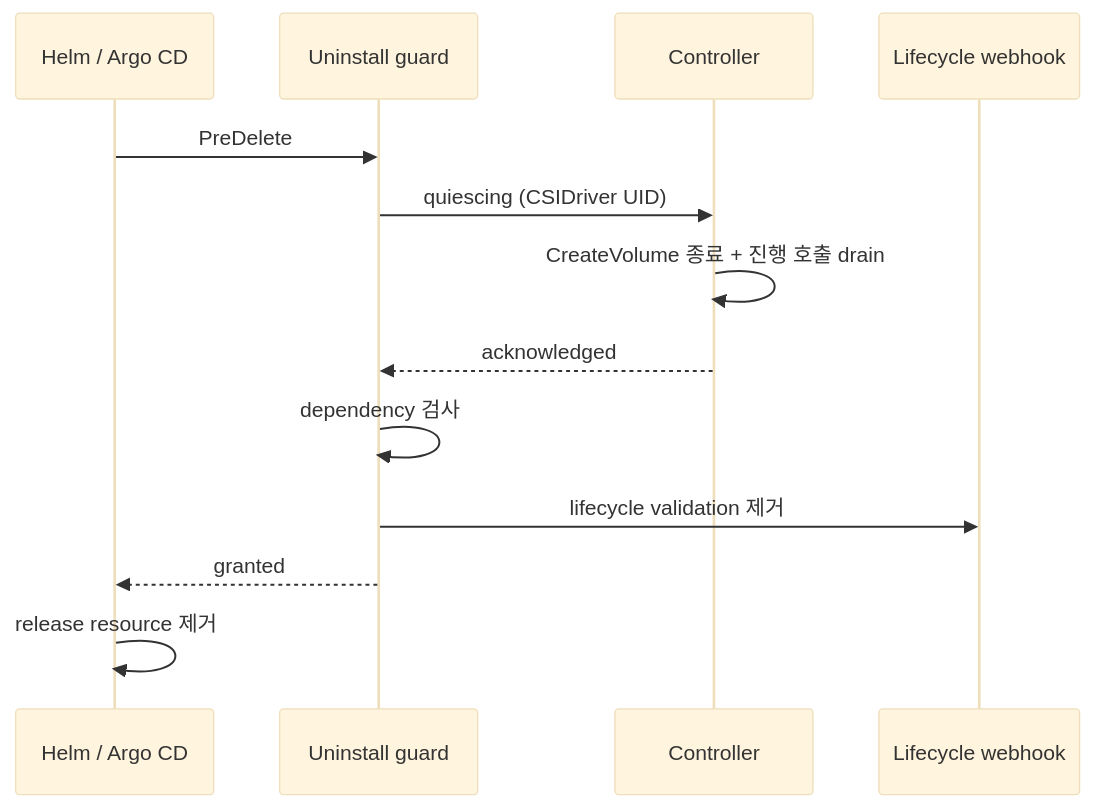
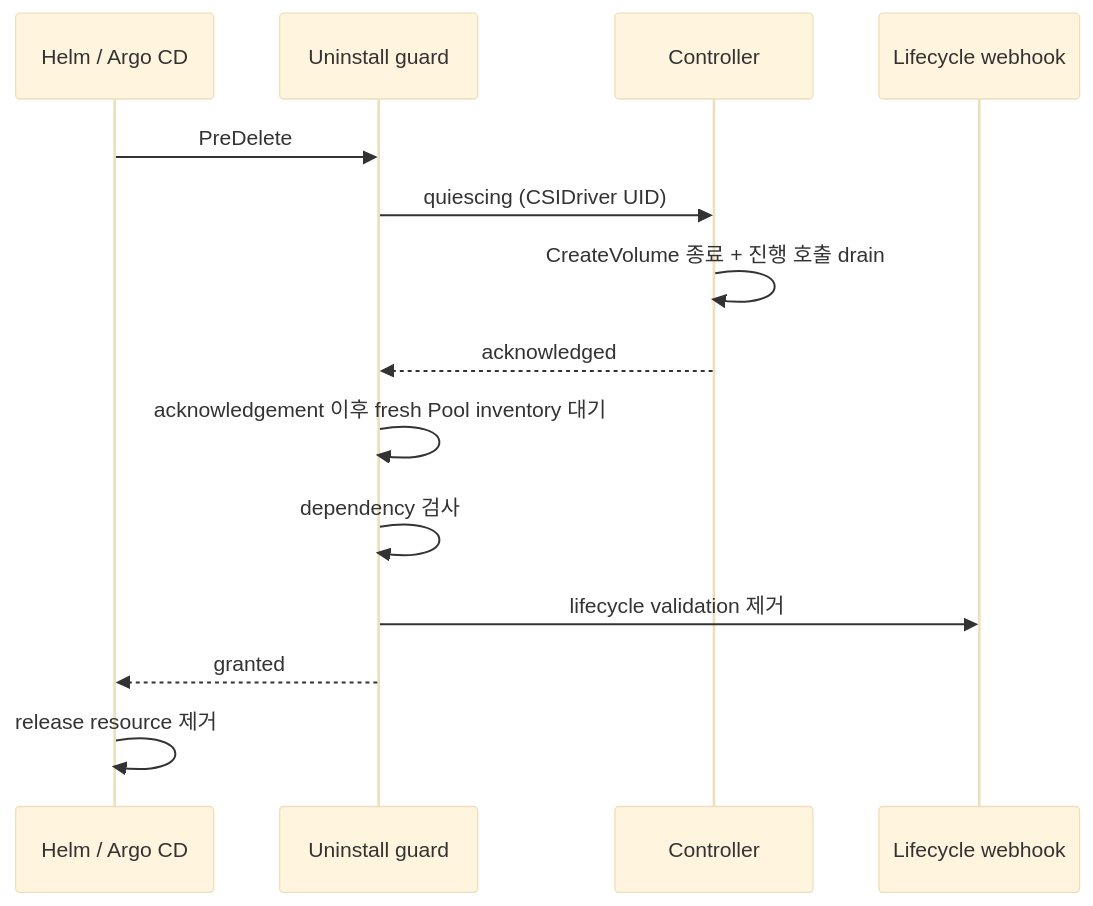
Before and after one commit to cagojeiger/ShiftPV: the fourth of 4 diagrams in charts/shiftpv/README.md, drawn with Mermaid (base theme). The commit also changed other lines of this file and 166 other files, not shown here.

````diff
--- a/charts/shiftpv/README.md
+++ b/charts/shiftpv/README.md
@@ -371,16 +389,17 @@
 ```mermaid
 sequenceDiagram
     participant H as Helm / Argo CD
     participant G as Uninstall guard
     participant C as Controller
     participant W as Lifecycle webhook
 
     H->>G: PreDelete
     G->>C: quiescing (CSIDriver UID)
     C->>C: CreateVolume 종료 + 진행 호출 drain
     C-->>G: acknowledged
+    G->>G: acknowledgement 이후 fresh Pool inventory 대기
     G->>G: dependency 검사
     G->>W: lifecycle validation 제거
     G-->>H: granted
     H->>H: release resource 제거
 ```
````
